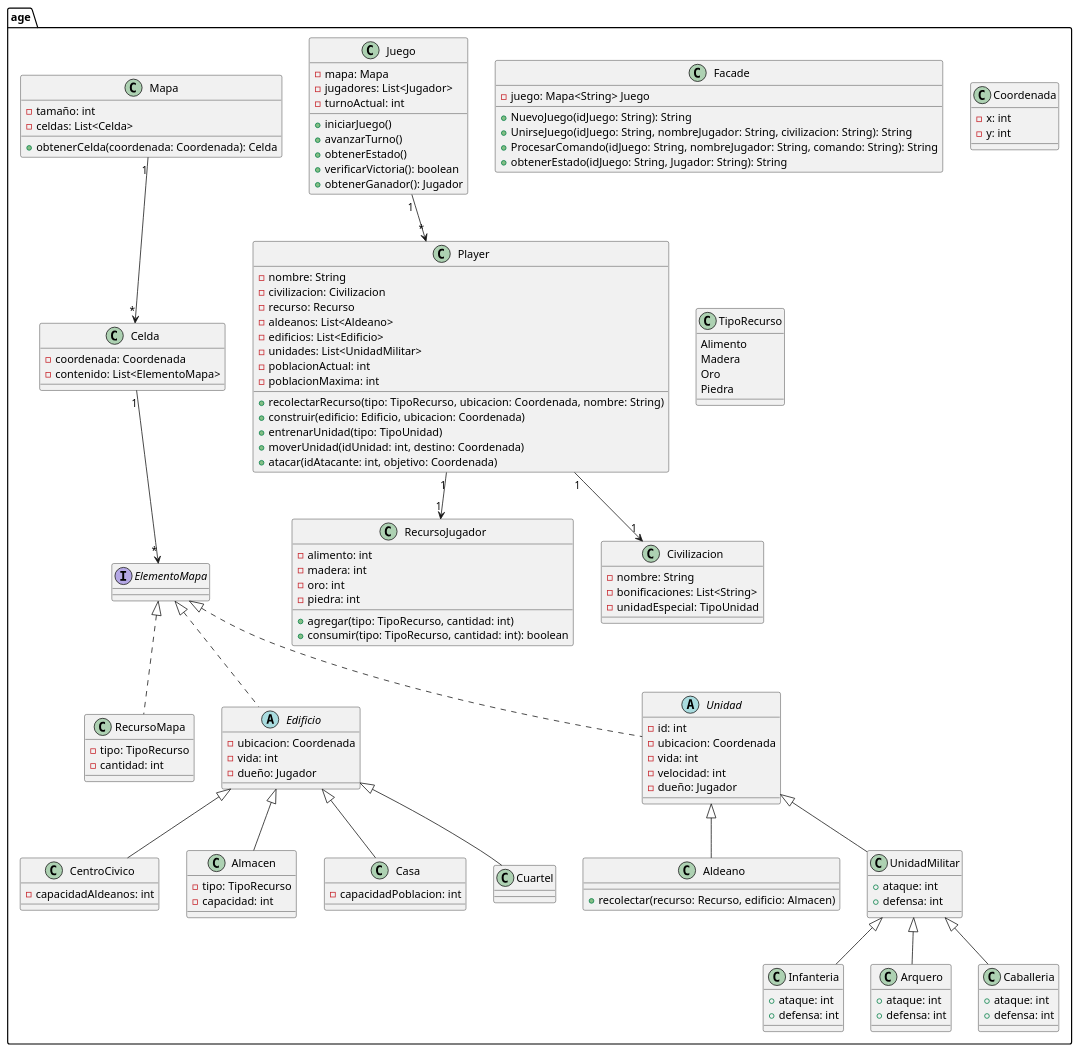
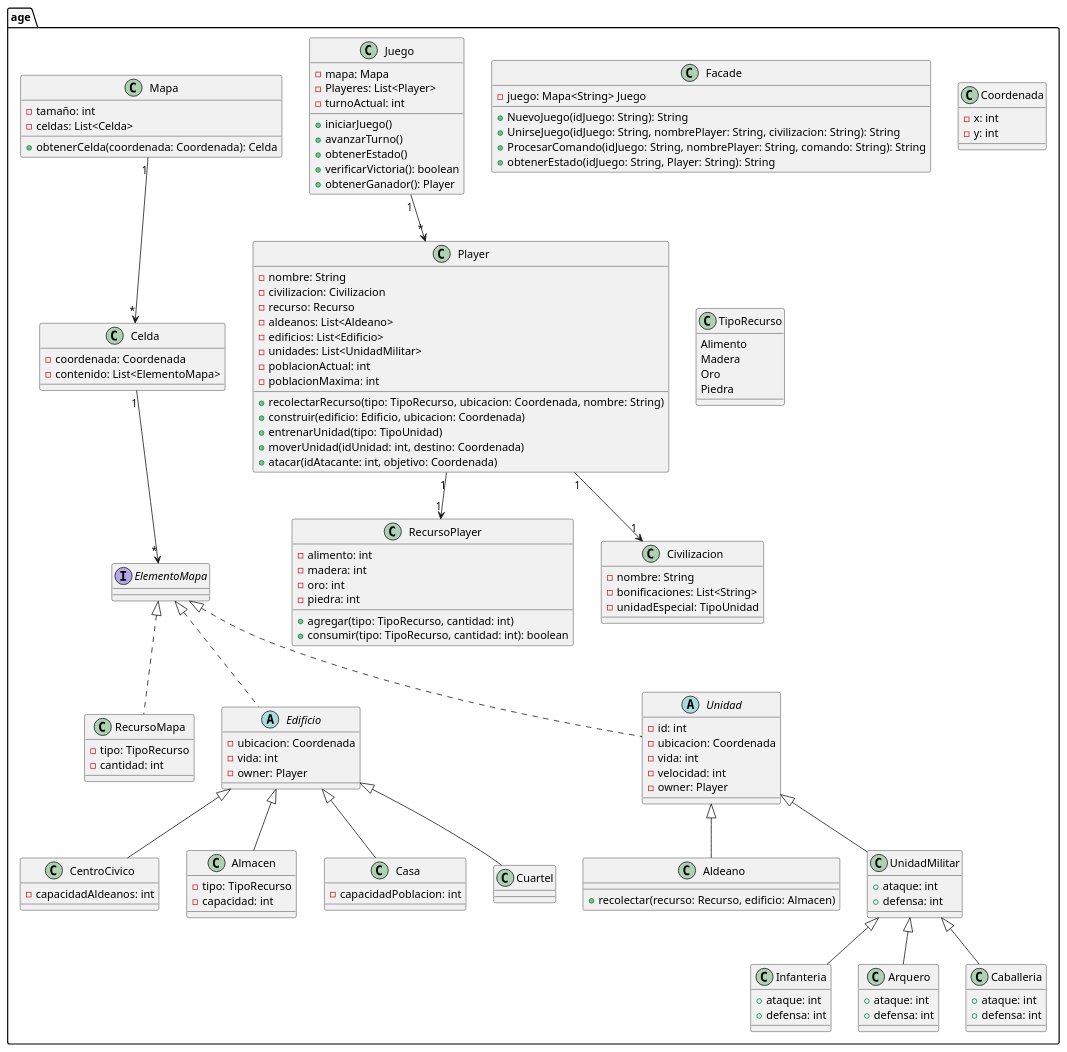
Before and after one commit to mcaetano7/proyectop22025: the diagram in src/scratch.puml, drawn with PlantUML.

Commit message:
mejoras minimas

```diff
--- a/src/scratch.puml
+++ b/src/scratch.puml
@@ -1,150 +1,150 @@
 @startuml PIIProyecto2025
 
 
 package "age" {
 
     class Facade {
     - juego: Mapa<String> Juego
     + NuevoJuego(idJuego: String): String
-    + UnirseJuego(idJuego: String, nombreJugador: String, civilizacion: String): String
-    + ProcesarComando(idJuego: String, nombreJugador: String, comando: String): String
-    + obtenerEstado(idJuego: String, Jugador: String): String
+    + UnirseJuego(idJuego: String, nombrePlayer: String, civilizacion: String): String
+    + ProcesarComando(idJuego: String, nombrePlayer: String, comando: String): String
+    + obtenerEstado(idJuego: String, Player: String): String
     }
     
     class Juego {
         - mapa: Mapa
-        - jugadores: List<Jugador>
+        - Playeres: List<Player>
         - turnoActual: int
         + iniciarJuego()
         + avanzarTurno()
         + obtenerEstado()
         + verificarVictoria(): boolean
-        + obtenerGanador(): Jugador
+        + obtenerGanador(): Player
     }
 
     class Player {
         - nombre: String
         - civilizacion: Civilizacion
         - recurso: Recurso
         - aldeanos: List<Aldeano>
         - edificios: List<Edificio>
         - unidades: List<UnidadMilitar>
         - poblacionActual: int
         - poblacionMaxima: int
         + recolectarRecurso(tipo: TipoRecurso, ubicacion: Coordenada, nombre: String)
         + construir(edificio: Edificio, ubicacion: Coordenada)
         + entrenarUnidad(tipo: TipoUnidad)
         + moverUnidad(idUnidad: int, destino: Coordenada)
         + atacar(idAtacante: int, objetivo: Coordenada)
     }
 
     class Mapa {
         - tamaño: int
         - celdas: List<Celda>
         + obtenerCelda(coordenada: Coordenada): Celda
     }
 
     class Celda {
         - coordenada: Coordenada
         - contenido: List<ElementoMapa>
     }
 
     class Coordenada {
         - x: int
         - y: int
     }
 
     interface ElementoMapa {
     }
 
     class RecursoMapa implements ElementoMapa {
         - tipo: TipoRecurso
         - cantidad: int
     }
 
     class TipoRecurso {
         Alimento
         Madera
         Oro
         Piedra
     }
 
-    class RecursoJugador {
+    class RecursoPlayer {
         - alimento: int
         - madera: int
         - oro: int
         - piedra: int
         + agregar(tipo: TipoRecurso, cantidad: int)
         + consumir(tipo: TipoRecurso, cantidad: int): boolean
     }
 
     class Civilizacion {
         - nombre: String
         - bonificaciones: List<String>
         - unidadEspecial: TipoUnidad
     }
 
     abstract class Edificio implements ElementoMapa {
         - ubicacion: Coordenada
         - vida: int
-        - dueño: Jugador
+        - owner: Player
     }
 
     class CentroCivico extends Edificio {
         - capacidadAldeanos: int
     }
 
     class Almacen extends Edificio {
         - tipo: TipoRecurso
         - capacidad: int
     }
 
     class Casa extends Edificio {
         - capacidadPoblacion: int
     }
 
     class Cuartel extends Edificio {
     }
 
     abstract class Unidad implements ElementoMapa {
         - id: int
         - ubicacion: Coordenada
         - vida: int
         - velocidad: int
-        - dueño: Jugador
+        - owner: Player
     }
 
     class Aldeano extends Unidad {
         + recolectar(recurso: Recurso, edificio: Almacen)
     }
 
     class UnidadMilitar extends Unidad {
         + ataque: int
         + defensa: int
     }
 
     class Infanteria extends UnidadMilitar {
         + ataque: int 
         + defensa: int
     
     }
 
     class Arquero extends UnidadMilitar {
         + ataque: int 
         + defensa: int 
     }
 
     class Caballeria extends UnidadMilitar {
         + ataque: int 
         + defensa: int 
     }
     
     Juego "1" --> "*" Player
     Player "1" --> "1" Civilizacion
-    Player "1" --> "1" RecursoJugador
+    Player "1" --> "1" RecursoPlayer
     Mapa "1" --> "*" Celda
     Celda "1" --> "*" ElementoMapa
 
 }
 
 @enduml
```
